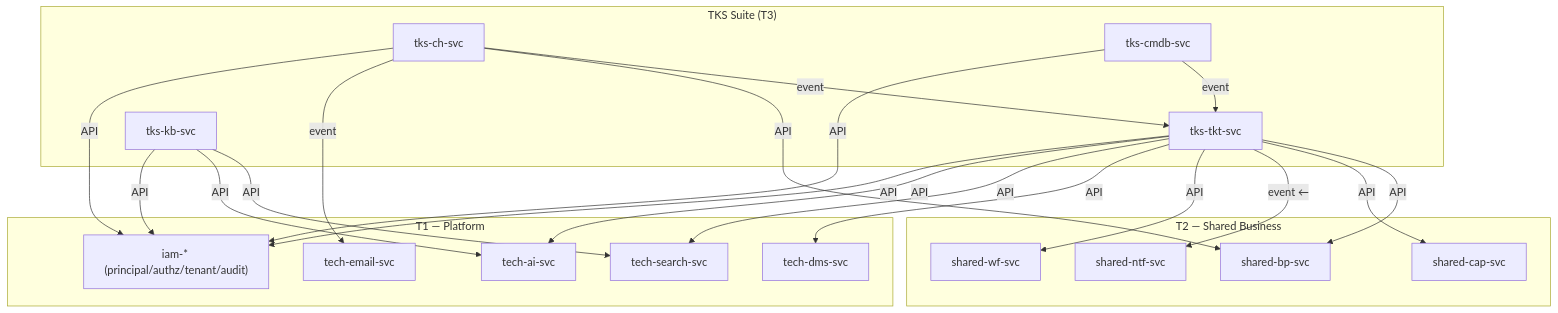
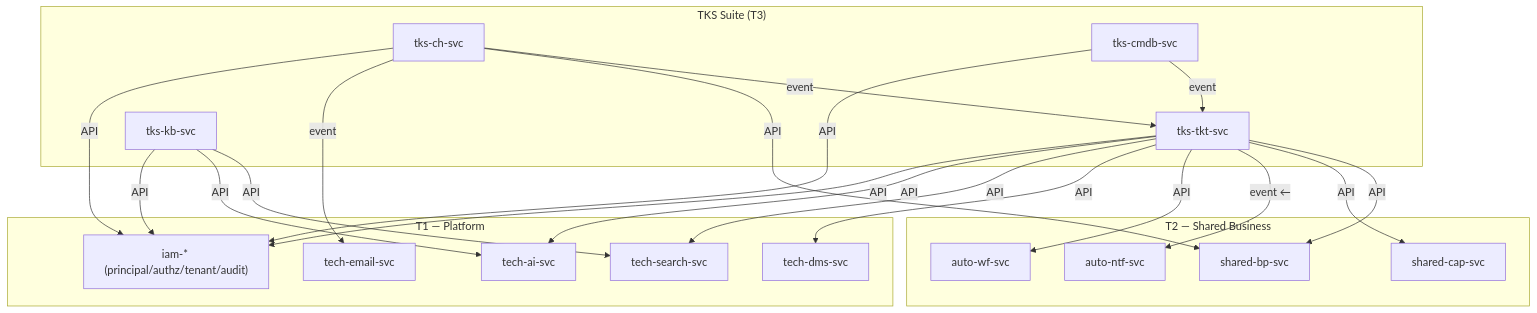
Before and after one commit to openleap-io/io.openleap.dev.spec: the third of 7 diagrams in T3_Domains/TKS/_tks_suite.md, drawn with Mermaid. The commit also changed other lines of this file and 8 other files, not shown here.

First line of the commit message:
refactor(T2): update T3 cross-refs and root README to shared/auto suite names

````diff
--- a/T3_Domains/TKS/_tks_suite.md
+++ b/T3_Domains/TKS/_tks_suite.md
@@ -267,42 +267,42 @@
 ```mermaid
 graph TD
     subgraph "TKS Suite (T3)"
         TKT["tks-tkt-svc"]
         CH["tks-ch-svc"]
         KB["tks-kb-svc"]
         CMDB["tks-cmdb-svc"]
     end
 
     subgraph "T2 — Shared Business"
         BP["shared-bp-svc"]
         CAP["shared-cap-svc"]
-        NTF["shared-ntf-svc"]
-        WF["shared-wf-svc"]
+        NTF["auto-ntf-svc"]
+        WF["auto-wf-svc"]
     end
 
     subgraph "T1 — Platform"
         IAM["iam-* (principal/authz/tenant/audit)"]
         DMS["tech-dms-svc"]
         EMAIL["tech-email-svc"]
         SEARCH["tech-search-svc"]
         AI["tech-ai-svc"]
     end
 
     CH -->|event| TKT
     CH -->|API| BP
     CH -->|event| EMAIL
     TKT -->|API| BP
     TKT -->|API| CAP
     TKT -->|event ←| NTF
     TKT -->|API| WF
     TKT -->|API| DMS
     TKT -->|API| SEARCH
     TKT -->|API| AI
     KB -->|API| SEARCH
     KB -->|API| AI
     CMDB -->|event| TKT
     TKT -->|API| IAM
     KB -->|API| IAM
     CMDB -->|API| IAM
     CH -->|API| IAM
 ```
````
